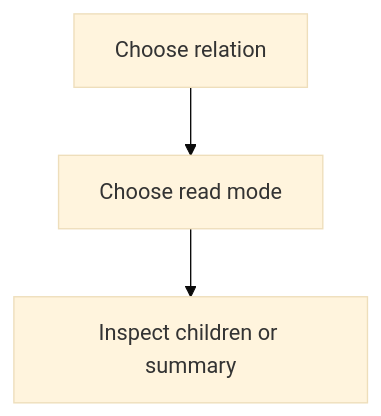
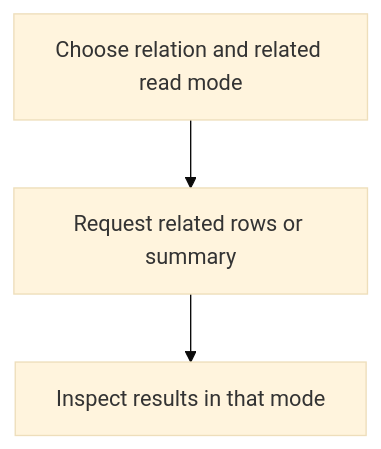
The first of 2 diagrams in user-stories/integration/us-app-10-relations.md (Kevinjohn/oss-adonisjs-lucid-soft-delete), drawn with Mermaid (base theme) before and after one commit. The commit also changed other lines of this file and 22 other files, not shown here.

Commit message:
docs: verify user story paths and Mermaid flows against implementation

````diff
--- a/user-stories/integration/us-app-10-relations.md
+++ b/user-stories/integration/us-app-10-relations.md
@@ -19,4 +19,4 @@
 ```mermaid
 flowchart TD
-    A["Choose relation"] --> B["Choose read mode"] --> C["Inspect children or summary"]
+    A["Choose relation and related read mode"] --> B["Request related rows or summary"] --> C["Inspect results in that mode"]
 ```
````
